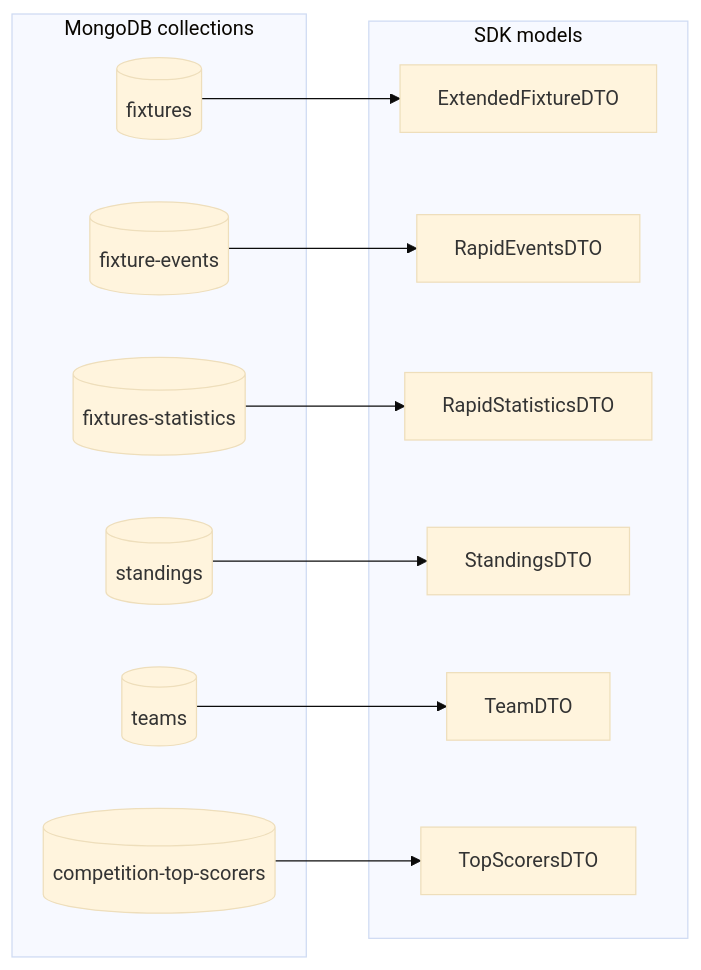
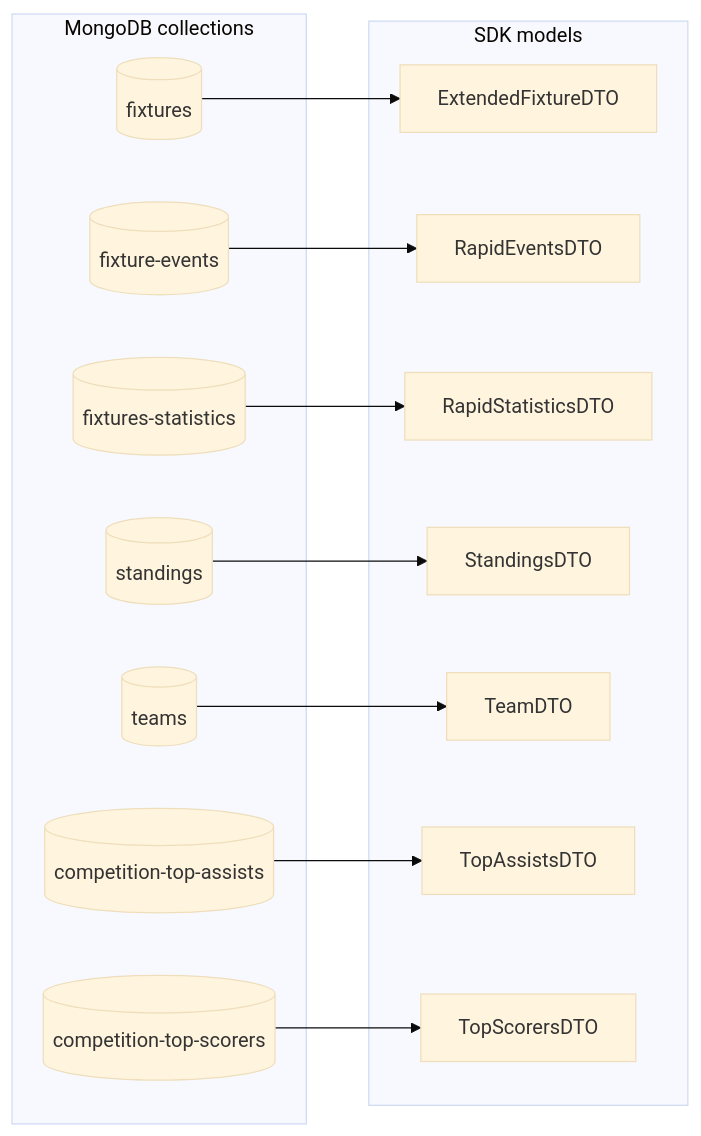
One commit to svenson95/reelscore-sdk changed the diagram in README.md. Above: the diagram before and after it, drawn with Mermaid (base theme).

Commit message:
docs: update generated model graph

````diff
--- a/README.md
+++ b/README.md
@@ -36,25 +36,28 @@
 ```mermaid
 flowchart LR
   subgraph database["MongoDB collections"]
+    collection_competition_top_assists[("competition-top-assists")]
     collection_competition_top_scorers[("competition-top-scorers")]
     collection_fixture_events[("fixture-events")]
     collection_fixtures[("fixtures")]
     collection_fixtures_statistics[("fixtures-statistics")]
     collection_standings[("standings")]
     collection_teams[("teams")]
   end
   subgraph sdk["SDK models"]
     model_ExtendedFixtureDTO["ExtendedFixtureDTO"]
     model_RapidEventsDTO["RapidEventsDTO"]
     model_RapidStatisticsDTO["RapidStatisticsDTO"]
     model_StandingsDTO["StandingsDTO"]
     model_TeamDTO["TeamDTO"]
+    model_TopAssistsDTO["TopAssistsDTO"]
     model_TopScorersDTO["TopScorersDTO"]
   end
+  collection_competition_top_assists --> model_TopAssistsDTO
   collection_competition_top_scorers --> model_TopScorersDTO
   collection_fixture_events --> model_RapidEventsDTO
   collection_fixtures --> model_ExtendedFixtureDTO
   collection_fixtures_statistics --> model_RapidStatisticsDTO
   collection_standings --> model_StandingsDTO
   collection_teams --> model_TeamDTO
 ```
````
